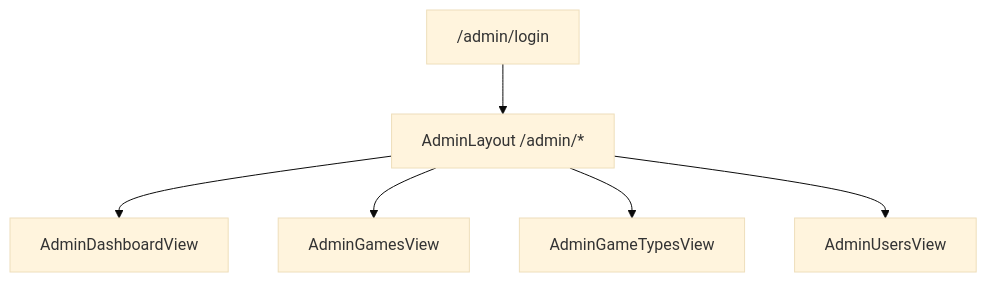
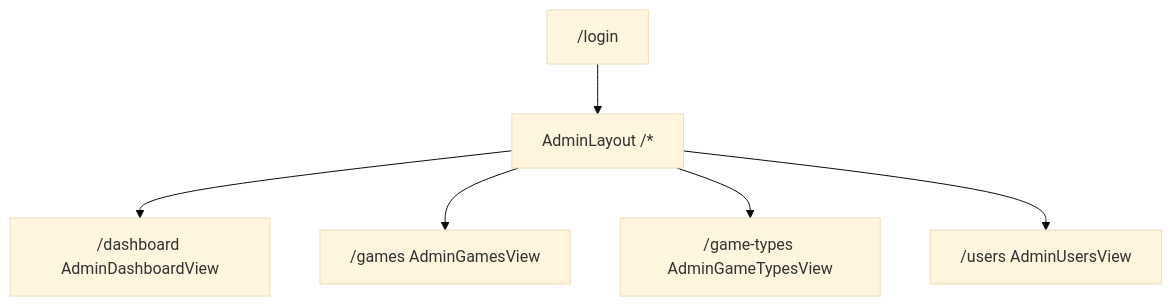
Before and after one commit to xixisama782/StudyDemo: the fourth of 7 diagrams in PROJECT.md, drawn with Mermaid (base theme). The commit also changed other lines of this file and 41 other files, not shown here.

````diff
--- a/PROJECT.md
+++ b/PROJECT.md
@@ -150,8 +153,8 @@
 ```mermaid
 flowchart TD
-  AL["/admin/login"] --> Lay["AdminLayout /admin/*"]
-  Lay --> D["AdminDashboardView"]
-  Lay --> Gm["AdminGamesView"]
-  Lay --> Gt["AdminGameTypesView"]
-  Lay --> Us["AdminUsersView"]
+  AL["/login"] --> Lay["AdminLayout /*"]
+  Lay --> D["/dashboard AdminDashboardView"]
+  Lay --> Gm["/games AdminGamesView"]
+  Lay --> Gt["/game-types AdminGameTypesView"]
+  Lay --> Us["/users AdminUsersView"]
 ```
````
